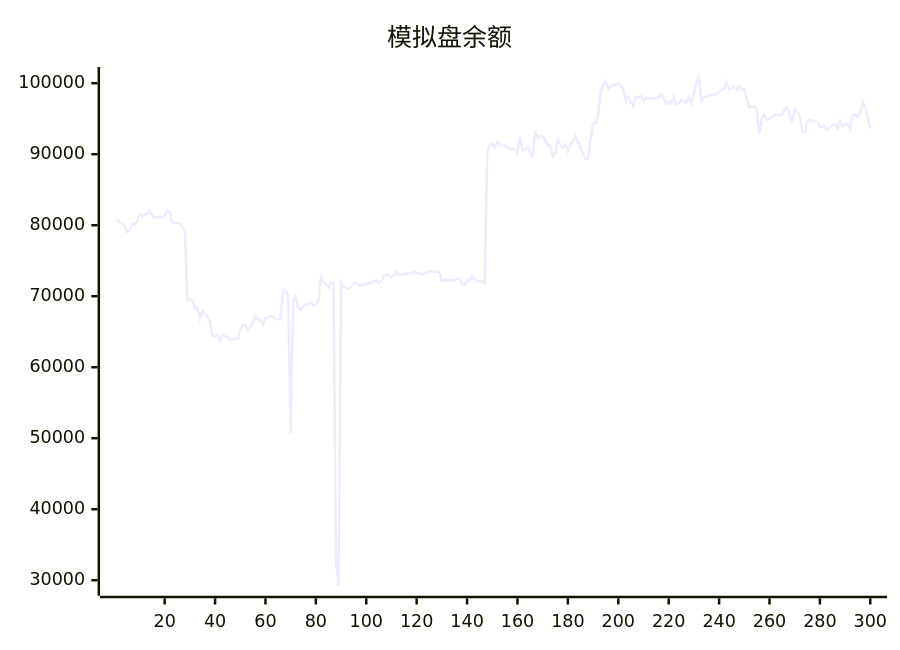
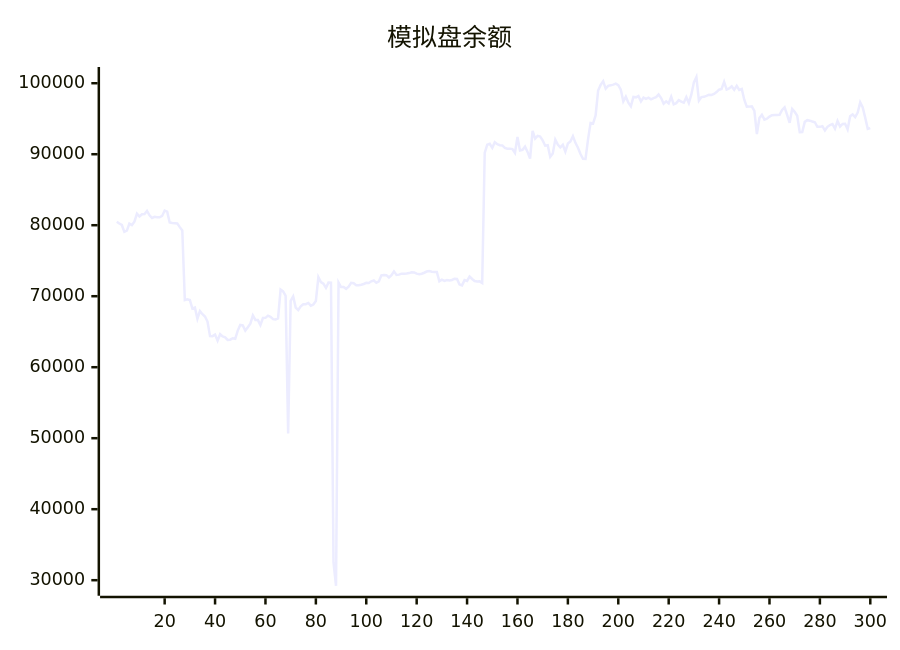
One commit to aahl/ai-trading changed the diagram in README.md. Above: the diagram before and after it, drawn with Mermaid. The commit also changed other lines of this file and 1 other file, not shown here.

````diff
--- a/README.md
+++ b/README.md
@@ -5,5 +5,5 @@
 ```mermaid
 xychart
     title "模拟盘余额"
-    line [80862,80484,80242,80034,79063,79245,80226,80016,80507,81625,81233,81544,81578,82016,81401,81019,81186,81130,81118,81306,82066,81909,80392,80304,80291,80258,79729,79261,69466,69579,69456,68251,68415,66832,67911,67462,67144,66432,64380,64375,64606,63740,64647,64324,64216,63842,63877,64078,64008,65156,65945,65888,65157,65625,66144,67284,66653,66639,65924,66925,66956,67263,67108,66766,66729,66886,70927,70673,70049,50652,69334,69973,68400,68061,68578,68876,68879,69055,68662,68822,69329,72687,71999,71760,71162,71911,71896,32500,29218,71927,71297,71305,71044,71337,71883,71822,71536,71536,71622,71723,71880,71860,72100,72216,71887,72077,72940,72976,72966,72638,72948,73497,73004,73041,73173,73160,73186,73258,73375,73351,73173,73098,73161,73305,73474,73536,73457,73413,73412,72100,72333,72164,72272,72204,72285,72461,72421,71652,71521,72267,72157,72774,72424,72144,72060,72091,71858,90185,91338,91466,90900,91678,91404,91268,91244,90903,90779,90787,90721,90187,92429,90518,90619,91070,90328,89376,93286,92202,92581,92485,91947,91196,91259,89619,90086,92063,91355,90950,91327,90373,91498,91800,92531,91603,90910,90031,89351,89334,92097,94406,94315,95455,98972,99763,100286,99229,99622,99701,99805,99938,99738,99082,97430,98094,97267,96741,98081,98013,98194,97447,97983,97789,97969,97729,97911,98043,98405,97912,97120,97448,97154,98095,97021,97190,97616,97402,97263,98035,97210,98424,100120,100876,97552,98049,98085,98228,98388,98342,98488,98750,99086,99181,100188,99107,99272,99553,99072,99636,99061,99186,97674,96679,96704,96743,96096,92830,95088,95560,94866,94995,95295,95497,95531,95527,95559,96236,96597,95538,94422,96363,95972,95418,93094,93128,94558,94795,94727,94611,94508,93857,93852,93954,93340,93862,94112,94249,93603,94682,93898,94267,94288,93490,95337,95601,95226,95879,97301,96573,95113,93569]
+    line [80484,80242,80034,79063,79245,80226,80016,80507,81625,81233,81544,81578,82016,81401,81019,81186,81130,81118,81306,82066,81909,80392,80304,80291,80258,79729,79261,69466,69579,69456,68251,68415,66832,67911,67462,67144,66432,64380,64375,64606,63740,64647,64324,64216,63842,63877,64078,64008,65156,65945,65888,65157,65625,66144,67284,66653,66639,65924,66925,66956,67263,67108,66766,66729,66886,70927,70673,70049,50652,69334,69973,68400,68061,68578,68876,68879,69055,68662,68822,69329,72687,71999,71760,71162,71911,71896,32500,29218,71927,71297,71305,71044,71337,71883,71822,71536,71536,71622,71723,71880,71860,72100,72216,71887,72077,72940,72976,72966,72638,72948,73497,73004,73041,73173,73160,73186,73258,73375,73351,73173,73098,73161,73305,73474,73536,73457,73413,73412,72100,72333,72164,72272,72204,72285,72461,72421,71652,71521,72267,72157,72774,72424,72144,72060,72091,71858,90185,91338,91466,90900,91678,91404,91268,91244,90903,90779,90787,90721,90187,92429,90518,90619,91070,90328,89376,93286,92202,92581,92485,91947,91196,91259,89619,90086,92063,91355,90950,91327,90373,91498,91800,92531,91603,90910,90031,89351,89334,92097,94406,94315,95455,98972,99763,100286,99229,99622,99701,99805,99938,99738,99082,97430,98094,97267,96741,98081,98013,98194,97447,97983,97789,97969,97729,97911,98043,98405,97912,97120,97448,97154,98095,97021,97190,97616,97402,97263,98035,97210,98424,100120,100876,97552,98049,98085,98228,98388,98342,98488,98750,99086,99181,100188,99107,99272,99553,99072,99636,99061,99186,97674,96679,96704,96743,96096,92830,95088,95560,94866,94995,95295,95497,95531,95527,95559,96236,96597,95538,94422,96363,95972,95418,93094,93128,94558,94795,94727,94611,94508,93857,93852,93954,93340,93862,94112,94249,93603,94682,93898,94267,94288,93490,95337,95601,95226,95879,97301,96573,95113,93569,93681]
 ```
````
